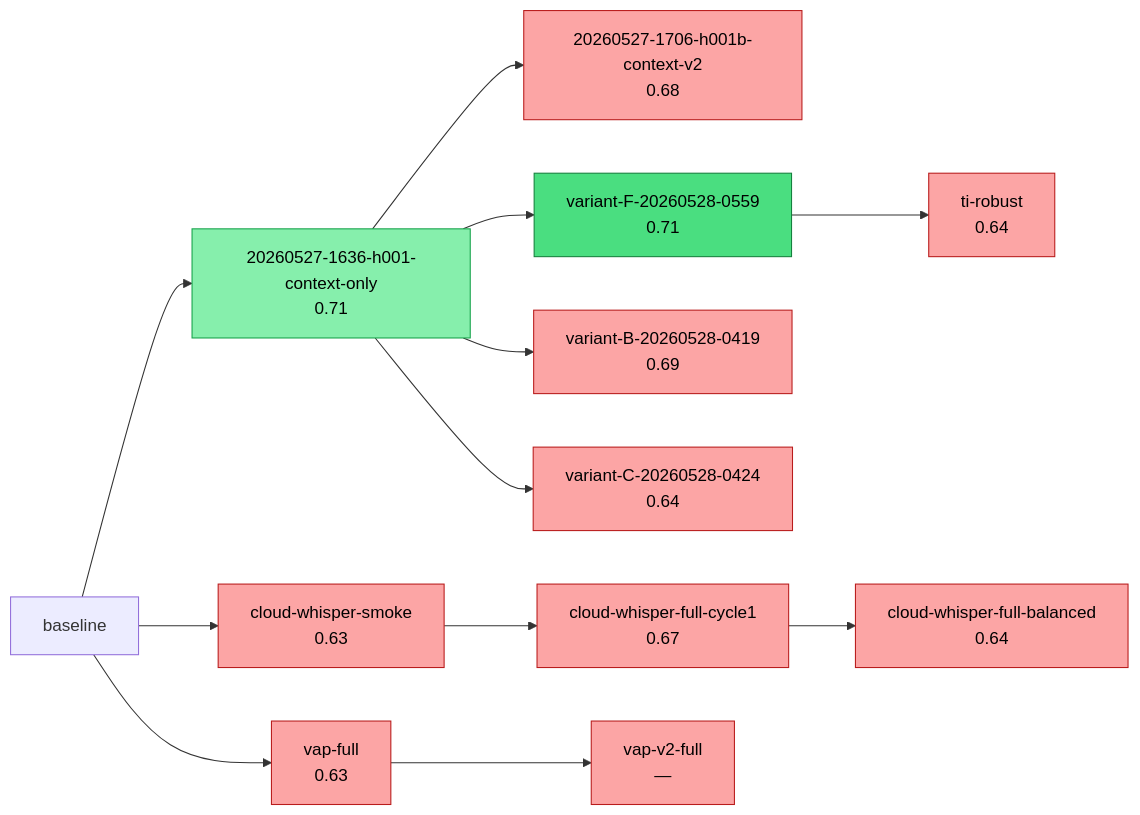
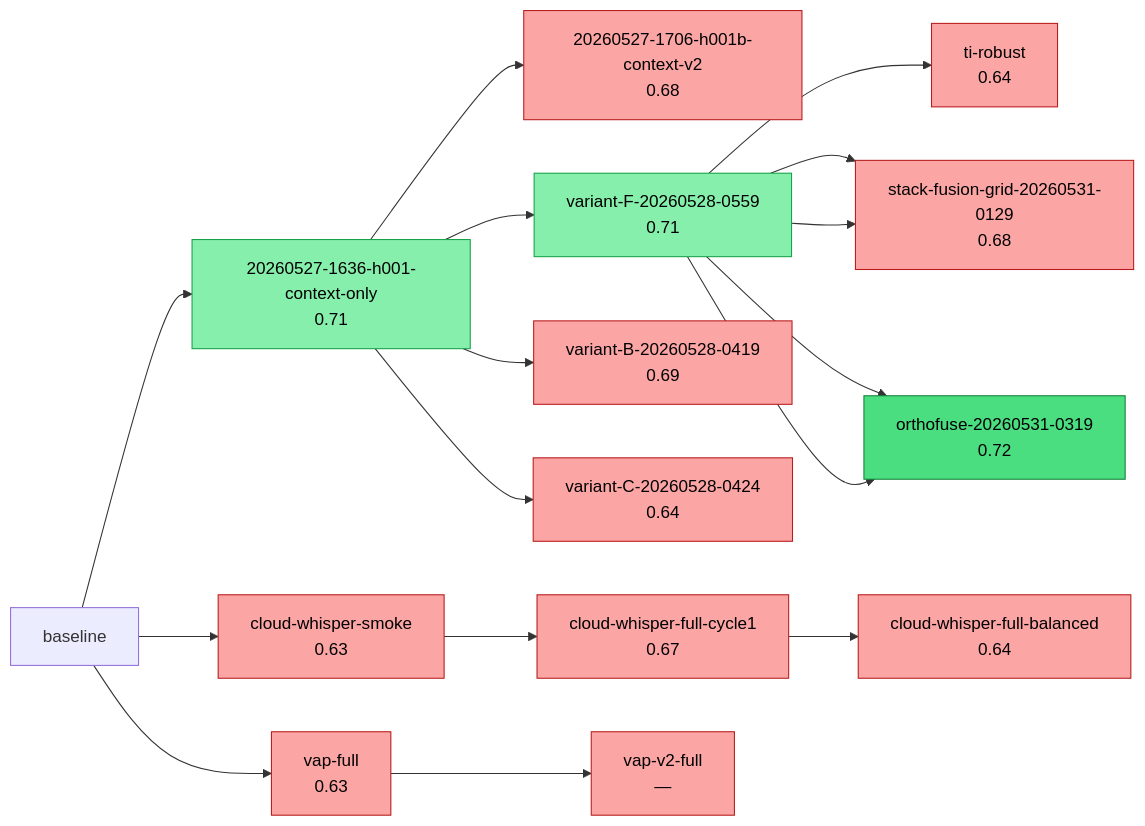
One commit to uukuguy/Audio-Classifier changed the diagram in docs/status/climb/research-tree.md. Above: the diagram before and after it, drawn with Mermaid. The commit also changed other lines of this file and 6 other files, not shown here.

````diff
--- a/docs/status/climb/research-tree.md
+++ b/docs/status/climb/research-tree.md
@@ -51,40 +57,52 @@
 ```mermaid
 graph LR
     classDef sota fill:#4ade80,stroke:#15803d,color:#000
     classDef confirmed fill:#86efac,stroke:#16a34a,color:#000
     classDef falsified fill:#fca5a5,stroke:#b91c1c,color:#000
     classDef pending fill:#fde68a,stroke:#a16207,color:#000
     20260527_1636_h001_context_only["20260527-1636-h001-context-only<br/>0.71"]
     class 20260527_1636_h001_context_only confirmed
     20260527_1706_h001b_context_v2["20260527-1706-h001b-context-v2<br/>0.68"]
     class 20260527_1706_h001b_context_v2 falsified
     variant_F_20260528_0559["variant-F-20260528-0559<br/>0.71"]
-    class variant_F_20260528_0559 sota
+    class variant_F_20260528_0559 confirmed
     variant_B_20260528_0419["variant-B-20260528-0419<br/>0.69"]
     class variant_B_20260528_0419 falsified
     variant_C_20260528_0424["variant-C-20260528-0424<br/>0.64"]
     class variant_C_20260528_0424 falsified
     cloud_whisper_smoke["cloud-whisper-smoke<br/>0.63"]
     class cloud_whisper_smoke falsified
     cloud_whisper_full_cycle1["cloud-whisper-full-cycle1<br/>0.67"]
     class cloud_whisper_full_cycle1 falsified
     cloud_whisper_full_balanced["cloud-whisper-full-balanced<br/>0.64"]
     class cloud_whisper_full_balanced falsified
     vap_full["vap-full<br/>0.63"]
     class vap_full falsified
     ti_robust["ti-robust<br/>0.64"]
     class ti_robust falsified
     vap_v2_full["vap-v2-full<br/>—"]
     class vap_v2_full falsified
+    stack_fusion_grid_20260531_0129["stack-fusion-grid-20260531-0129<br/>0.68"]
+    class stack_fusion_grid_20260531_0129 falsified
+    orthofuse_20260531_0319["orthofuse-20260531-0319<br/>0.72"]
+    class orthofuse_20260531_0319 sota
+    stack_fusion_grid_20260531_0129["stack-fusion-grid-20260531-0129<br/>0.68"]
+    class stack_fusion_grid_20260531_0129 falsified
+    orthofuse_20260531_0319["orthofuse-20260531-0319<br/>0.72"]
+    class orthofuse_20260531_0319 sota
     baseline --> 20260527_1636_h001_context_only
     20260527_1636_h001_context_only --> 20260527_1706_h001b_context_v2
     20260527_1636_h001_context_only --> variant_F_20260528_0559
     20260527_1636_h001_context_only --> variant_B_20260528_0419
     20260527_1636_h001_context_only --> variant_C_20260528_0424
     baseline --> cloud_whisper_smoke
     cloud_whisper_smoke --> cloud_whisper_full_cycle1
     cloud_whisper_full_cycle1 --> cloud_whisper_full_balanced
     baseline --> vap_full
     variant_F_20260528_0559 --> ti_robust
     vap_full --> vap_v2_full
+    variant_F_20260528_0559 --> stack_fusion_grid_20260531_0129
+    variant_F_20260528_0559 --> orthofuse_20260531_0319
+    variant_F_20260528_0559 --> stack_fusion_grid_20260531_0129
+    variant_F_20260528_0559 --> orthofuse_20260531_0319
 ```
````
